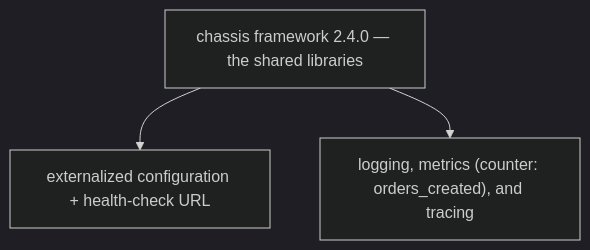
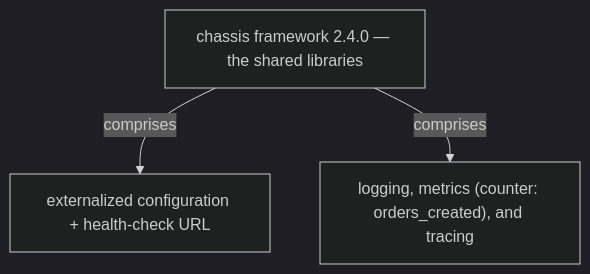
Before and after one commit to vinayakuber/microservices-io-study-guide: the sixth of 13 diagrams in docs/ch30-microservice-chassis.md, drawn with Mermaid (dark theme). The commit also changed other lines of this file and 71 other files, not shown here.

First line of the commit message:
R18: label every diagram arrow with its meaning

````diff
--- a/docs/ch30-microservice-chassis.md
+++ b/docs/ch30-microservice-chassis.md
@@ -235,6 +235,6 @@
 ```mermaid
 flowchart TD
   R["chassis framework 2.4.0 — the shared libraries"]
-  R --> P0["externalized configuration + health-check URL"]
-  R --> P1["logging, metrics (counter: orders_created), and tracing"]
+  R -->|"comprises"| P0["externalized configuration + health-check URL"]
+  R -->|"comprises"| P1["logging, metrics (counter: orders_created), and tracing"]
 ```
````
